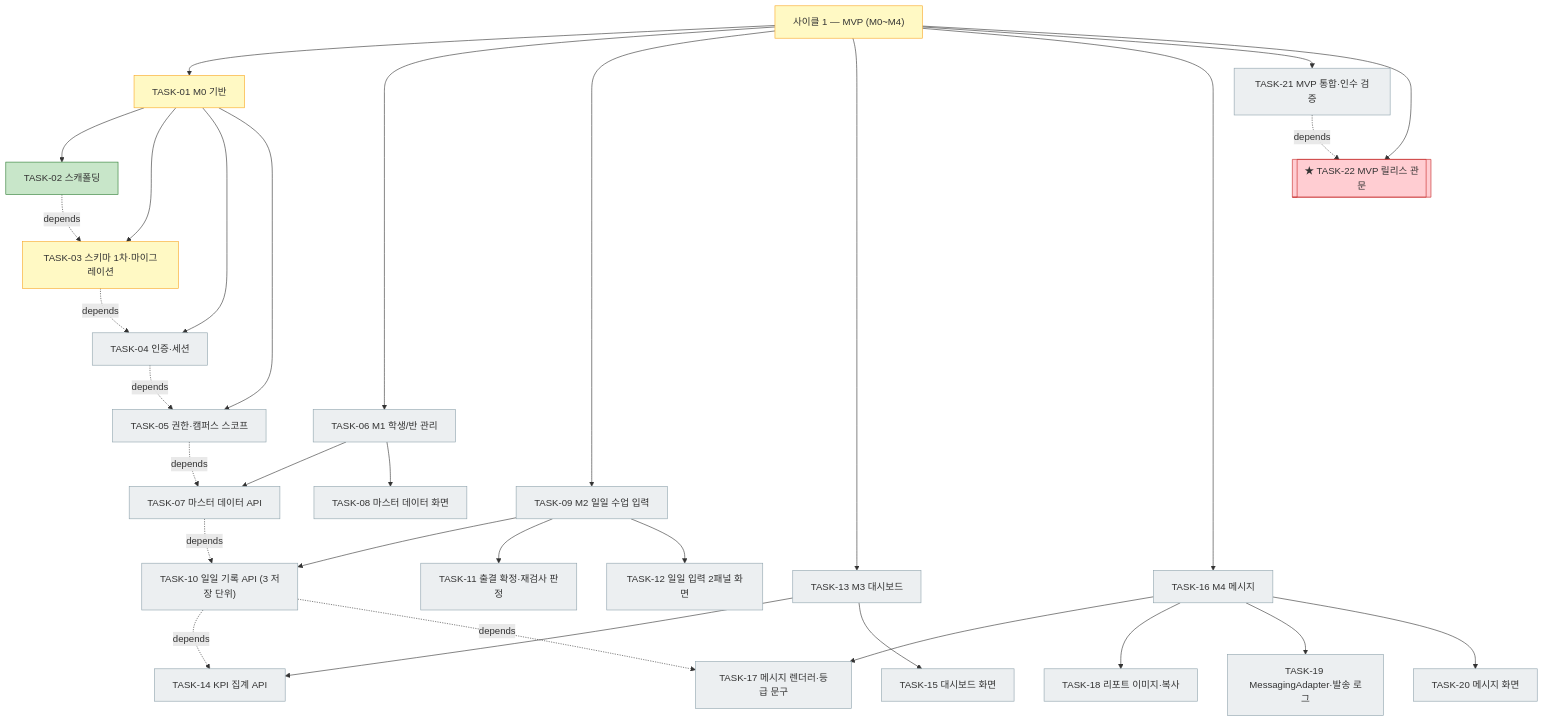
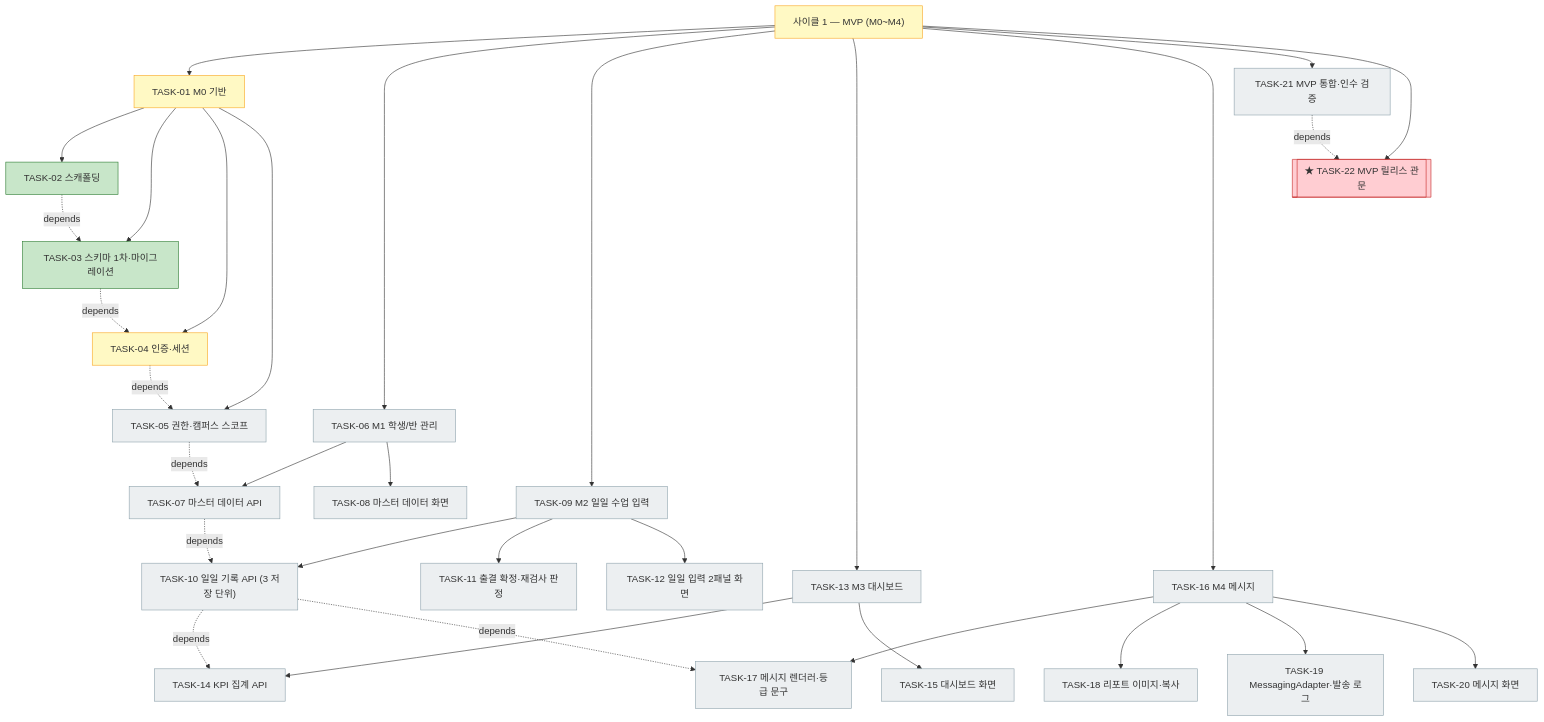
One commit to bluesky5008/mathdesk changed the first of 2 diagrams in docs/plan.md. Above: the diagram before and after it, drawn with Mermaid. The commit also changed other lines of this file and 20 other files, not shown here.

First line of the commit message:
feat(db): TASK-03 스키마 1차·마이그레이션·시드

````diff
--- a/docs/plan.md
+++ b/docs/plan.md
@@ -99,38 +99,38 @@
 ```mermaid
 flowchart TD
     C1["사이클 1 — MVP (M0~M4)"]:::active
     C1 --> T01["TASK-01 M0 기반"]:::active
     T01 --> T02["TASK-02 스캐폴딩"]:::done
-    T01 --> T03["TASK-03 스키마 1차·마이그레이션"]:::active
-    T01 --> T04["TASK-04 인증·세션"]:::todo
+    T01 --> T03["TASK-03 스키마 1차·마이그레이션"]:::done
+    T01 --> T04["TASK-04 인증·세션"]:::active
     T01 --> T05["TASK-05 권한·캠퍼스 스코프"]:::todo
     C1 --> T06["TASK-06 M1 학생/반 관리"]:::todo
     T06 --> T07["TASK-07 마스터 데이터 API"]:::todo
     T06 --> T08["TASK-08 마스터 데이터 화면"]:::todo
     C1 --> T09["TASK-09 M2 일일 수업 입력"]:::todo
     T09 --> T10["TASK-10 일일 기록 API (3 저장 단위)"]:::todo
     T09 --> T11["TASK-11 출결 확정·재검사 판정"]:::todo
     T09 --> T12["TASK-12 일일 입력 2패널 화면"]:::todo
     C1 --> T13["TASK-13 M3 대시보드"]:::todo
     T13 --> T14["TASK-14 KPI 집계 API"]:::todo
     T13 --> T15["TASK-15 대시보드 화면"]:::todo
     C1 --> T16["TASK-16 M4 메시지"]:::todo
     T16 --> T17["TASK-17 메시지 렌더러·등급 문구"]:::todo
     T16 --> T18["TASK-18 리포트 이미지·복사"]:::todo
     T16 --> T19["TASK-19 MessagingAdapter·발송 로그"]:::todo
     T16 --> T20["TASK-20 메시지 화면"]:::todo
     C1 --> T21["TASK-21 MVP 통합·인수 검증"]:::todo
     C1 --> T22[["★ TASK-22 MVP 릴리스 관문"]]:::gate
     T02 -. depends .-> T03
     T03 -. depends .-> T04
     T04 -. depends .-> T05
     T05 -. depends .-> T07
     T07 -. depends .-> T10
     T10 -. depends .-> T14
     T10 -. depends .-> T17
     T21 -. depends .-> T22
     classDef done fill:#c8e6c9,stroke:#2e7d32
     classDef active fill:#fff9c4,stroke:#f9a825
     classDef todo fill:#eceff1,stroke:#90a4ae
     classDef gate fill:#ffcdd2,stroke:#c62828
 ```
````
